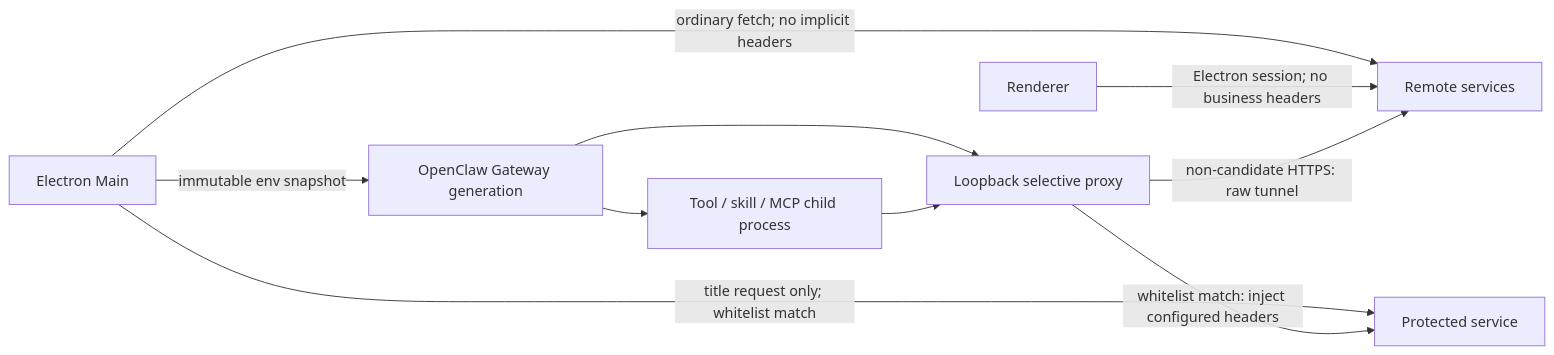
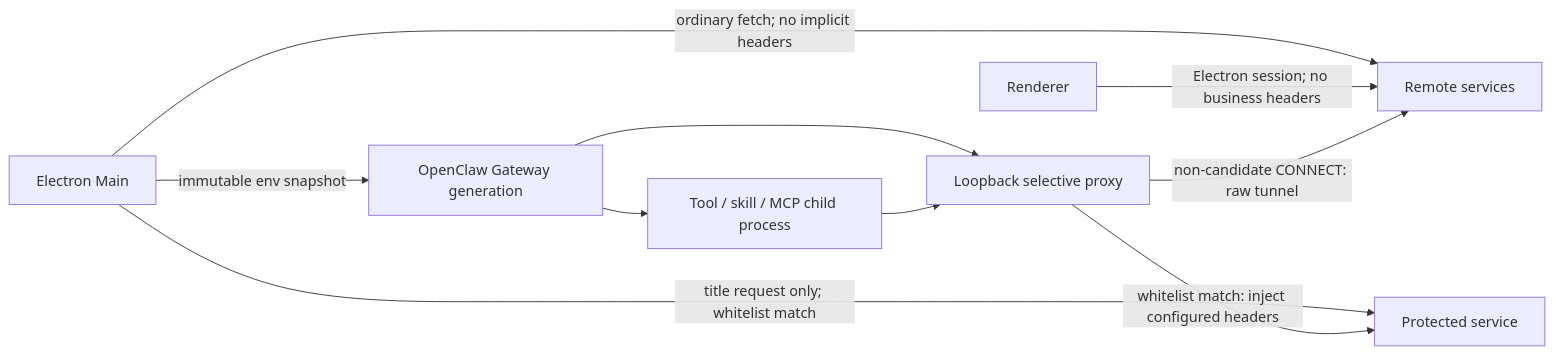
Before and after one commit to liangxhao/JustDo: the second of 4 diagrams in docs/architecture/03-process-model.md, drawn with Mermaid. The commit also changed other lines of this file and 3 other files, not shown here.

````diff
--- a/docs/architecture/03-process-model.md
+++ b/docs/architecture/03-process-model.md
@@ -122,12 +122,12 @@
 ```mermaid
 flowchart LR
   Main[Electron Main] -->|ordinary fetch; no implicit headers| Remote[Remote services]
   Main -->|title request only; whitelist match| Protected[Protected service]
   Renderer[Renderer] -->|Electron session; no business headers| Remote
   Main -->|immutable env snapshot| Gateway[OpenClaw Gateway generation]
   Gateway --> Tool[Tool / skill / MCP child process]
   Gateway --> Proxy[Loopback selective proxy]
   Tool --> Proxy
   Proxy -->|whitelist match: inject configured headers| Protected[Protected service]
-  Proxy -->|non-candidate HTTPS: raw tunnel| Remote
+  Proxy -->|non-candidate CONNECT: raw tunnel| Remote
 ```
````
